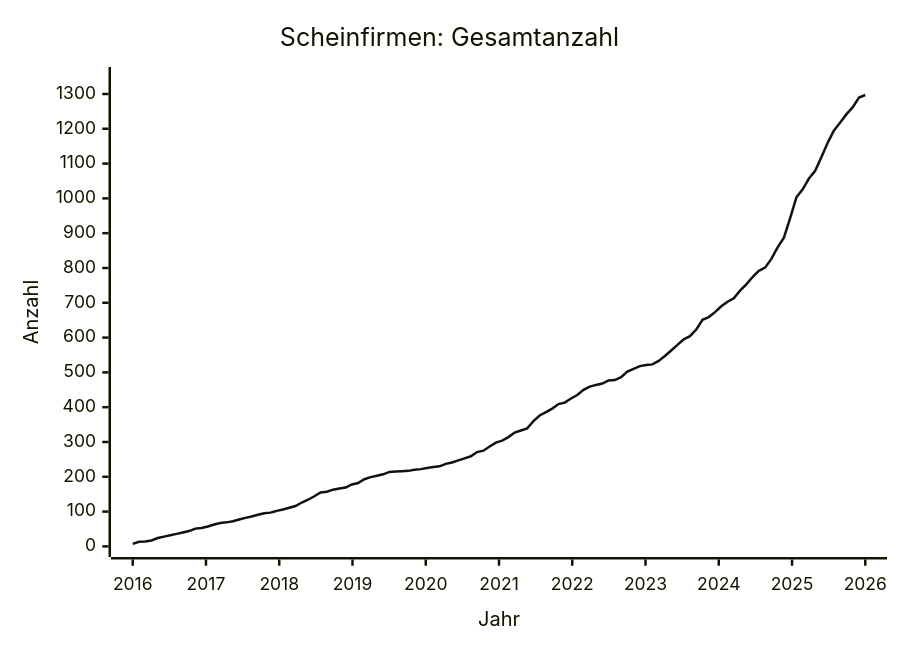
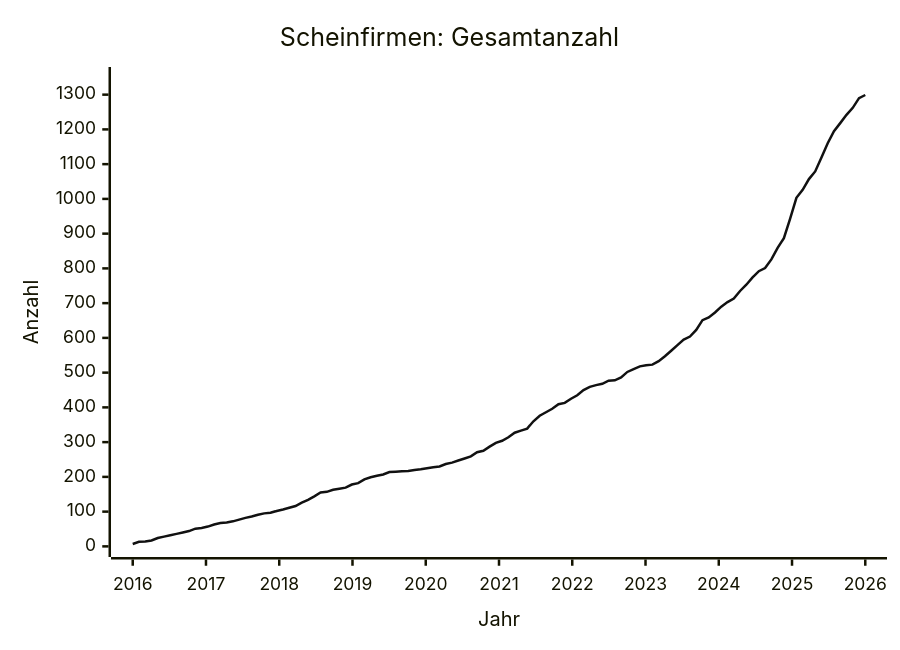
The diagram in data/STATS.md (arjoma/scheinfirmen-at), drawn with Mermaid before and after one commit. The commit also changed other lines of this file and 3 other files, not shown here.

````diff
--- a/data/STATS.md
+++ b/data/STATS.md
@@ -9,13 +9,13 @@
 ```mermaid
 ---
 config:
   themeVariables:
     xyChart:
       plotColorPalette: "#111111"
 ---
 xychart-beta
     title "Scheinfirmen: Gesamtanzahl"
     x-axis "Jahr" 2016 --> 2026
-    y-axis "Anzahl" 0 --> 1347
-    line [7, 13, 14, 17, 24, 28, 32, 36, 40, 44, 51, 53, 57, 63, 67, 69, 72, 77, 82, 86, 91, 95, 97, 102, 106, 111, 116, 126, 134, 144, 155, 157, 163, 166, 169, 178, 182, 193, 199, 203, 207, 214, 215, 216, 217, 220, 222, 225, 228, 230, 237, 241, 247, 253, 259, 271, 275, 287, 298, 304, 314, 327, 333, 339, 360, 376, 386, 396, 409, 413, 425, 435, 450, 459, 464, 468, 477, 478, 486, 502, 510, 518, 521, 523, 533, 547, 563, 579, 595, 604, 623, 651, 659, 673, 690, 703, 713, 735, 753, 774, 792, 801, 826, 859, 887, 943, 1003, 1026, 1057, 1079, 1119, 1160, 1195, 1218, 1242, 1262, 1290, 1297]
+    y-axis "Anzahl" 0 --> 1349
+    line [7, 13, 14, 17, 24, 28, 32, 36, 40, 44, 51, 53, 57, 63, 67, 69, 72, 77, 82, 86, 91, 95, 97, 102, 106, 111, 116, 126, 134, 144, 155, 157, 163, 166, 169, 178, 182, 193, 199, 203, 207, 214, 215, 216, 217, 220, 222, 225, 228, 230, 237, 241, 247, 253, 259, 271, 275, 287, 298, 304, 314, 327, 333, 339, 360, 376, 386, 396, 409, 413, 425, 435, 450, 459, 464, 468, 477, 478, 486, 502, 510, 518, 521, 523, 533, 547, 563, 579, 595, 604, 623, 651, 659, 673, 690, 703, 713, 735, 753, 774, 792, 801, 826, 859, 887, 943, 1003, 1026, 1057, 1079, 1119, 1160, 1195, 1218, 1242, 1262, 1290, 1299]
 ```
````
